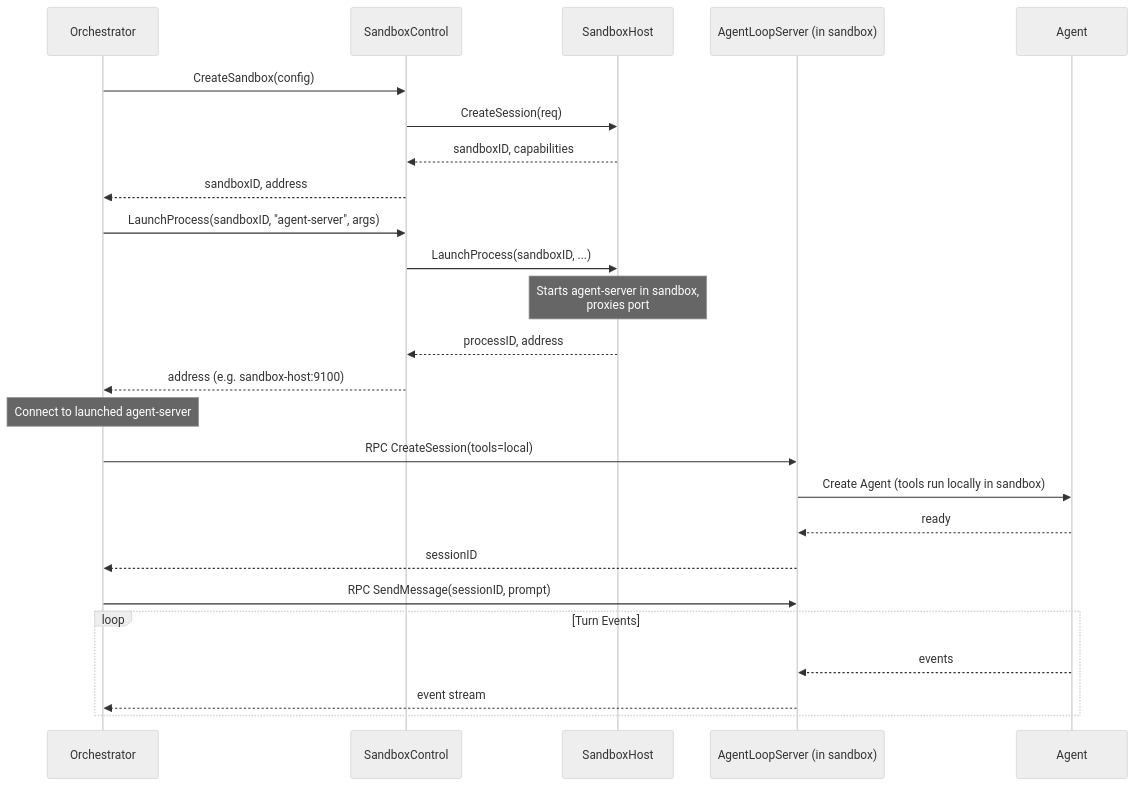
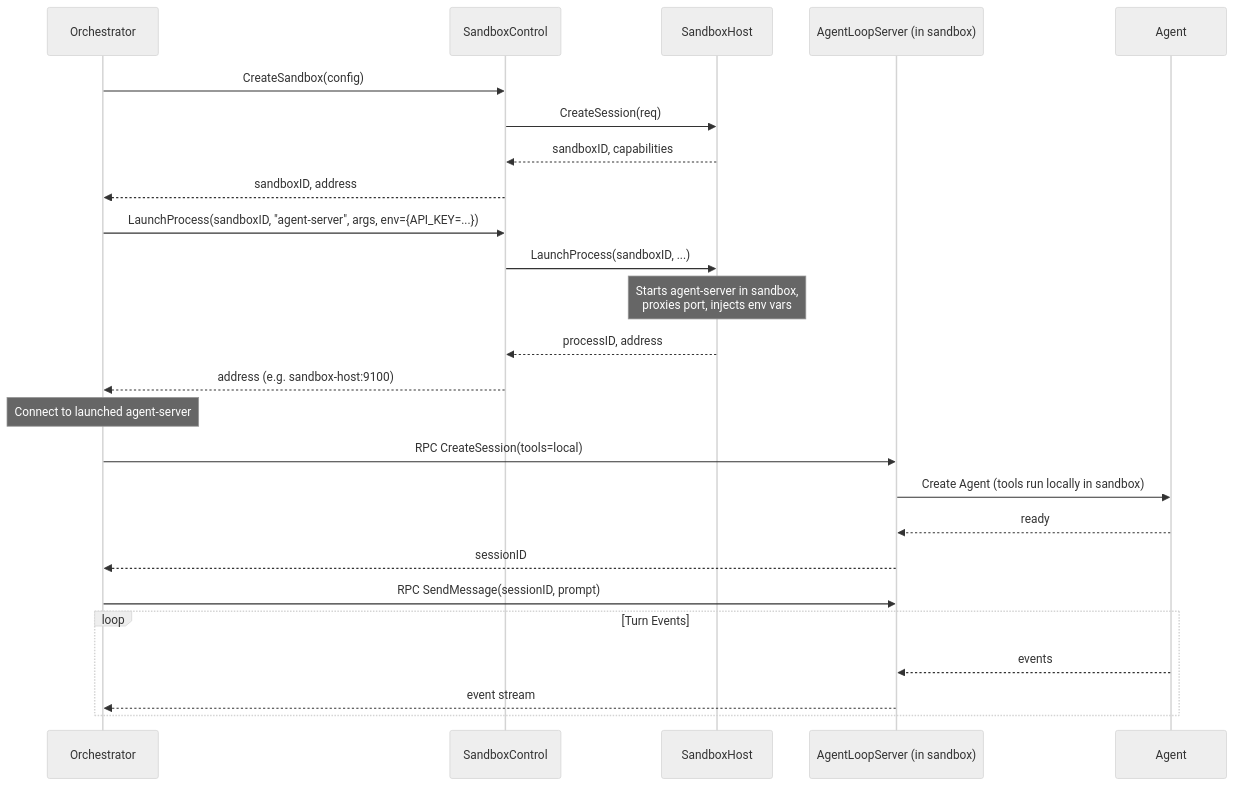
The fifth of 8 diagrams in docs/plans/18-agent-loop-rpc.md (dcosson/flex-agent-runtime), drawn with Mermaid (neutral theme) before and after one commit. The commit also changed other lines of this file and 1 other file, not shown here.

First line of the commit message:
Incorporate R1 review feedback into agent loop RPC plan (18)

````diff
--- a/docs/plans/18-agent-loop-rpc.md
+++ b/docs/plans/18-agent-loop-rpc.md
@@ -577,31 +849,31 @@
 ```mermaid
 sequenceDiagram
     participant O as Orchestrator
     participant SC as SandboxControl
     participant SH as SandboxHost
     participant ALS as AgentLoopServer (in sandbox)
     participant A as Agent
 
     O->>SC: CreateSandbox(config)
     SC->>SH: CreateSession(req)
     SH-->>SC: sandboxID, capabilities
     SC-->>O: sandboxID, address
 
-    O->>SC: LaunchProcess(sandboxID, "agent-server", args)
+    O->>SC: LaunchProcess(sandboxID, "agent-server", args, env={API_KEY=...})
     SC->>SH: LaunchProcess(sandboxID, ...)
-    Note over SH: Starts agent-server in sandbox,<br/>proxies port
+    Note over SH: Starts agent-server in sandbox,<br/>proxies port, injects env vars
     SH-->>SC: processID, address
     SC-->>O: address (e.g. sandbox-host:9100)
 
     Note over O: Connect to launched agent-server
     O->>ALS: RPC CreateSession(tools=local)
     ALS->>A: Create Agent (tools run locally in sandbox)
     A-->>ALS: ready
     ALS-->>O: sessionID
 
     O->>ALS: RPC SendMessage(sessionID, prompt)
     loop Turn Events
         A-->>ALS: events
         ALS-->>O: event stream
     end
 ```
````
